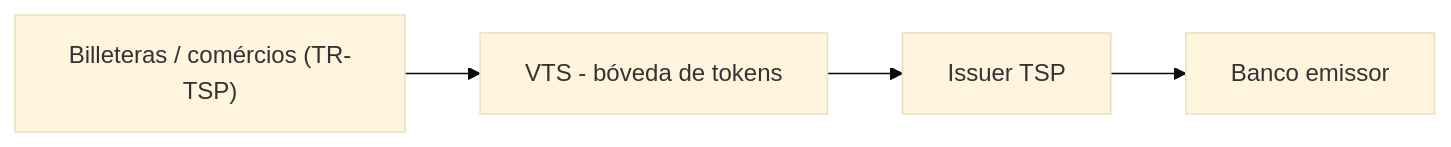
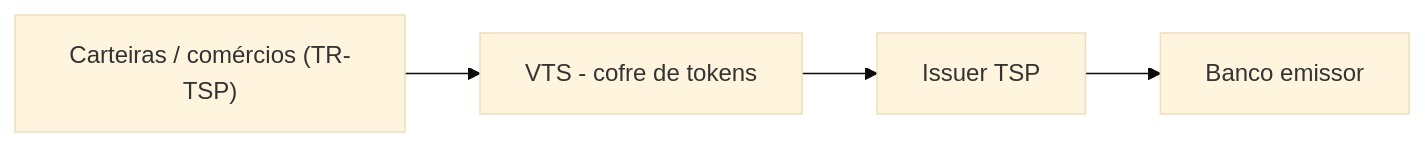
One commit to brunosilvamedeiros269/visa-portal-hub-3-platforms changed the diagram in vault-visa/Conocimiento/Conceptos/3. Tokenização.md. Above: the diagram before and after it, drawn with Mermaid (base theme). The commit also changed other lines of this file and 242 other files, not shown here.

````diff
--- a/vault-visa/Conocimiento/Conceptos/3. Tokenização.md
+++ b/vault-visa/Conocimiento/Conceptos/3. Tokenização.md
@@ -19,4 +19,4 @@
 ```mermaid
 flowchart LR
-  W["Billeteras / comércios (TR-TSP)"] --> VTS["VTS - bóveda de tokens"] --> I["Issuer TSP"] --> B["Banco emissor"]
+  W["Carteiras / comércios (TR-TSP)"] --> VTS["VTS - cofre de tokens"] --> I["Issuer TSP"] --> B["Banco emissor"]
 ```
````
